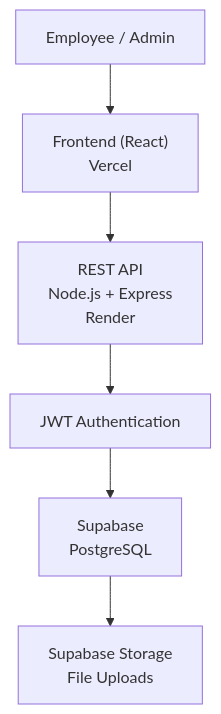
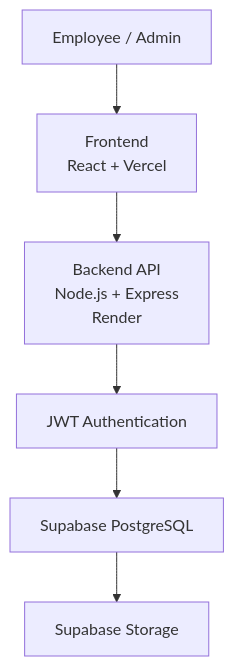
Before and after one commit to neerajcoder1/employee-leave-manager: the diagram in README.md, drawn with Mermaid. The commit also changed other lines of this file, not shown here.

Commit message:
Refactor System Architecture section in README
Updated the System Architecture section in README.md to improve formatting and clarity.

````diff
--- a/README.md
+++ b/README.md
@@ -56,16 +56,15 @@
 ```mermaid
 flowchart TD
+    A[Employee / Admin]
+    B[Frontend<br>React + Vercel]
+    C[Backend API<br>Node.js + Express<br>Render]
+    D[JWT Authentication]
+    E[Supabase PostgreSQL]
+    F[Supabase Storage]
 
-    User[" Employee / Admin"]
-
-    User --> FE["Frontend (React)<br/>Vercel"]
-
-    FE --> API["REST API<br/>Node.js + Express<br/>Render"]
-
-    API --> JWT["JWT Authentication"]
-
-    JWT --> DB["Supabase<br/>PostgreSQL"]
-
-    DB --> STORAGE["Supabase Storage<br/>File Uploads"]
-
+    A --> B
+    B --> C
+    C --> D
+    D --> E
+    E --> F
 ```
````
